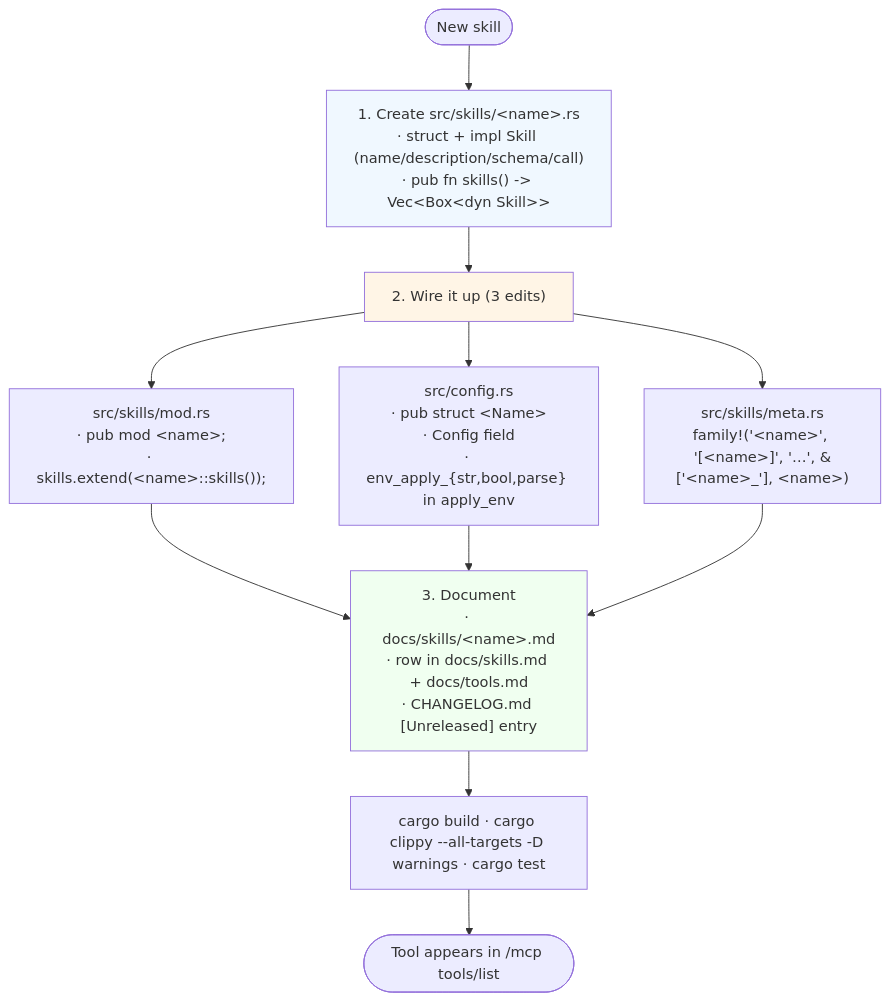
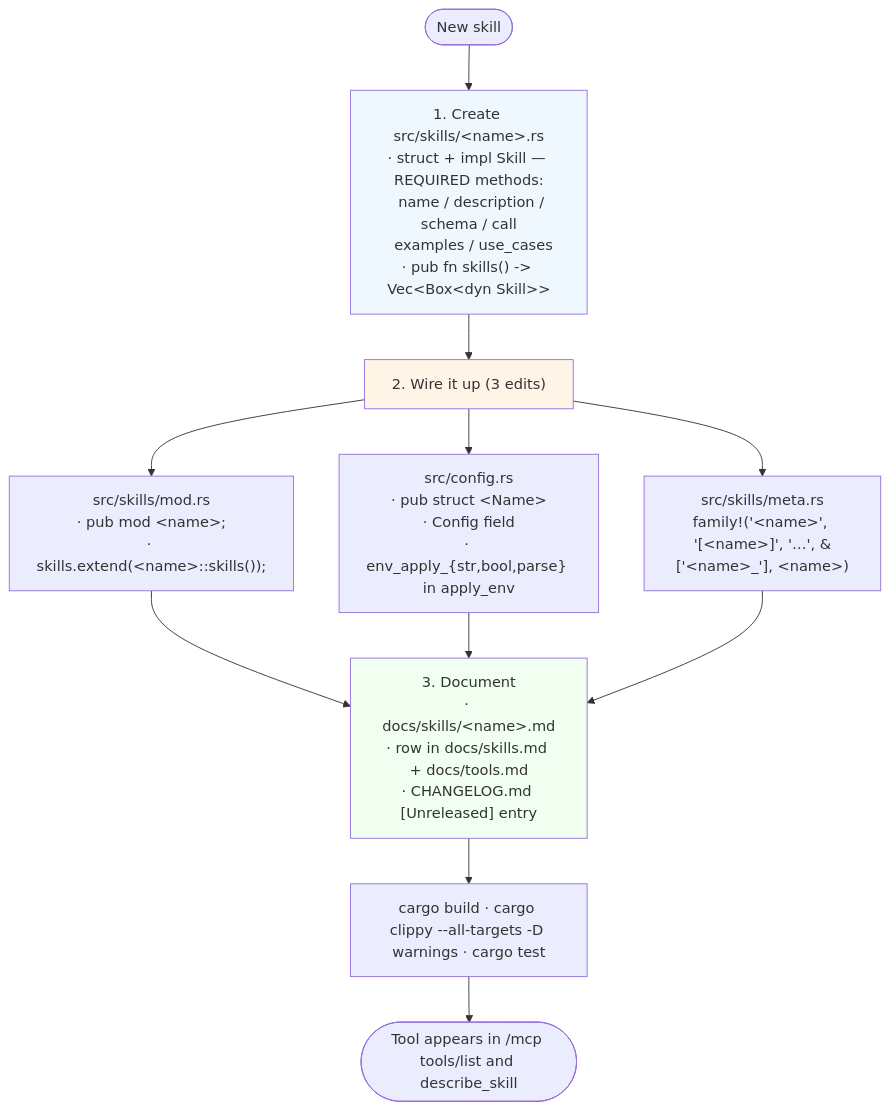
Before and after one commit to elyerinfox/lodestone-mcp: the fourth of 5 diagrams in CONTRIBUTING.md, drawn with Mermaid. The commit also changed other lines of this file, not shown here.

````diff
--- a/CONTRIBUTING.md
+++ b/CONTRIBUTING.md
@@ -610,20 +610,20 @@
 ```mermaid
 flowchart TD
   start([New skill]) --> mod
-  mod["1. Create src/skills/&lt;name&gt;.rs<br/>· struct + impl Skill (name/description/schema/call)<br/>· pub fn skills() -&gt; Vec&lt;Box&lt;dyn Skill&gt;&gt;"]
+  mod["1. Create src/skills/&lt;name&gt;.rs<br/>· struct + impl Skill — REQUIRED methods:<br/>&nbsp;&nbsp;name / description / schema / call<br/>&nbsp;&nbsp;examples / use_cases<br/>· pub fn skills() -&gt; Vec&lt;Box&lt;dyn Skill&gt;&gt;"]
   mod --> wire
   wire["2. Wire it up (3 edits)"]
   wire --> wire_mod["src/skills/mod.rs<br/>· pub mod &lt;name&gt;;<br/>· skills.extend(&lt;name&gt;::skills());"]
   wire --> wire_cfg["src/config.rs<br/>· pub struct &lt;Name&gt;<br/>· Config field<br/>· env_apply_{str,bool,parse} in apply_env"]
   wire --> wire_meta["src/skills/meta.rs<br/>family!('&lt;name&gt;', '[&lt;name&gt;]', '…', &amp;['&lt;name&gt;_'], &lt;name&gt;)"]
   wire_mod --> docs
   wire_cfg --> docs
   wire_meta --> docs
   docs["3. Document<br/>· docs/skills/&lt;name&gt;.md<br/>· row in docs/skills.md + docs/tools.md<br/>· CHANGELOG.md [Unreleased] entry"]
   docs --> verify["cargo build · cargo clippy --all-targets -D warnings · cargo test"]
-  verify --> done(["Tool appears in /mcp tools/list"])
+  verify --> done(["Tool appears in /mcp tools/list and describe_skill"])
 
   style mod fill:#f0f8ff
   style wire fill:#fff5e6
   style docs fill:#f0fff0
 ```
````
